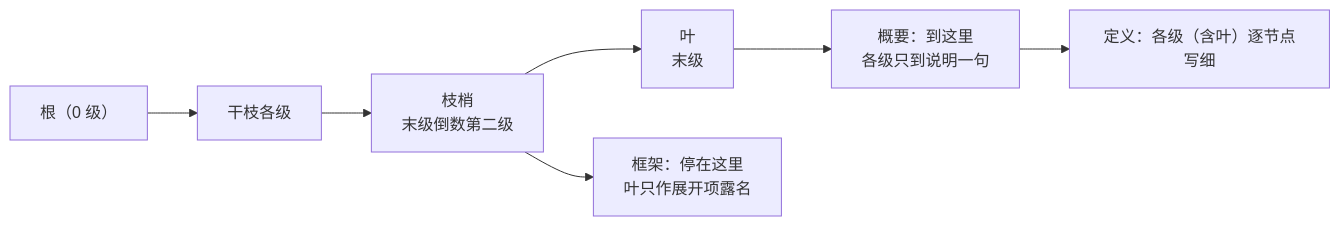
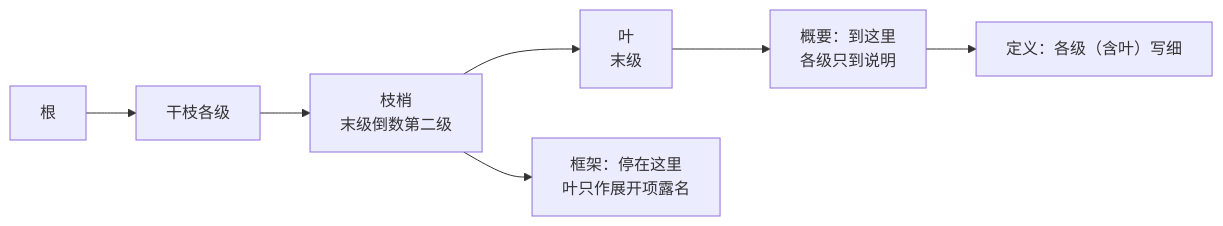
Before and after one commit to Yongjunzhou/business-Engineering: the second of 3 diagrams in 10-系统工程研究/00-系统工程相关研究报告/47-系统设计：从相关方需求到设计描述范例.md, drawn with Mermaid. The commit also changed other lines of this file, not shown here.

````diff
--- a/10-系统工程研究/00-系统工程相关研究报告/47-系统设计：从相关方需求到设计描述范例.md
+++ b/10-系统工程研究/00-系统工程相关研究报告/47-系统设计：从相关方需求到设计描述范例.md
@@ -91,7 +65,7 @@
 ```mermaid
 flowchart LR
-    R["根（0 级）"] --> G["干枝各级"] --> S["枝梢<br/>末级倒数第二级"] --> Y["叶<br/>末级"]
+    R["根"] --> G["干枝各级"] --> S["枝梢<br/>末级倒数第二级"] --> Y["叶<br/>末级"]
     S --> SF["框架：停在这里<br/>叶只作展开项露名"]
-    Y --> GS["概要：到这里<br/>各级只到说明一句"]
-    GS --> D["定义：各级（含叶）逐节点写细"]
+    Y --> GS["概要：到这里<br/>各级只到说明"]
+    GS --> D["定义：各级（含叶）写细"]
 ```
````
